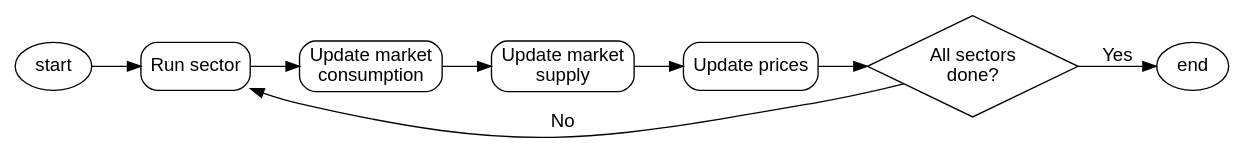
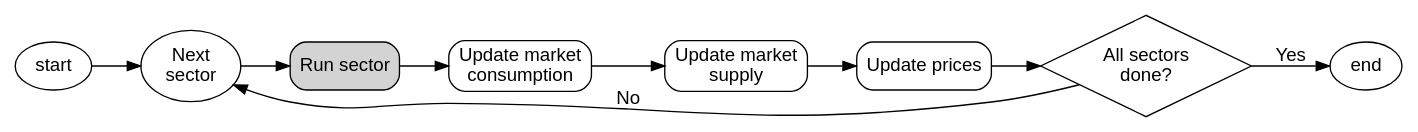
One commit to EnergySystemsModellingLab/MUSE_OS changed the ninth of 10 diagrams in docs/application-flow.rst. Above: the diagram before and after it, drawn with Graphviz. The commit also changed other lines of this file, not shown here.

```diff
--- a/docs/application-flow.rst
+++ b/docs/application-flow.rst
@@ -342,24 +346,25 @@
 .. graphviz::
     :align: center
     :alt: Steps of a single year iteration
 
     digraph single_year {
             fontname="Helvetica,Arial,sans-serif"
             node [fontname="Helvetica,Arial,sans-serif", shape=box, style=rounded]
             edge [fontname="Helvetica,Arial,sans-serif"]
             rankdir=LR
             clusterrank=local
             newrank=true
 
             {node [shape=""]; start; end;}
-            run_sector [label="Run sector"]
+            next [label="Next\nsector", shape=""]
+            run_sector [label="Run sector", fillcolor="lightgrey", style="rounded,filled"]
             consumption [label="Update market\nconsumption"];
             supply [label="Update market\nsupply"];
             all_done [label="All sectors\ndone?", shape=diamond, style=""]
             prices [label="Update prices"]
 
 
-            start -> run_sector -> consumption -> supply -> prices -> all_done
+            start -> next -> run_sector -> consumption -> supply -> prices -> all_done
             all_done -> end [label="Yes"]
-            all_done -> run_sector [label="No", constraint=false]
+            all_done -> next [label="No", constraint=false]
         }
```
